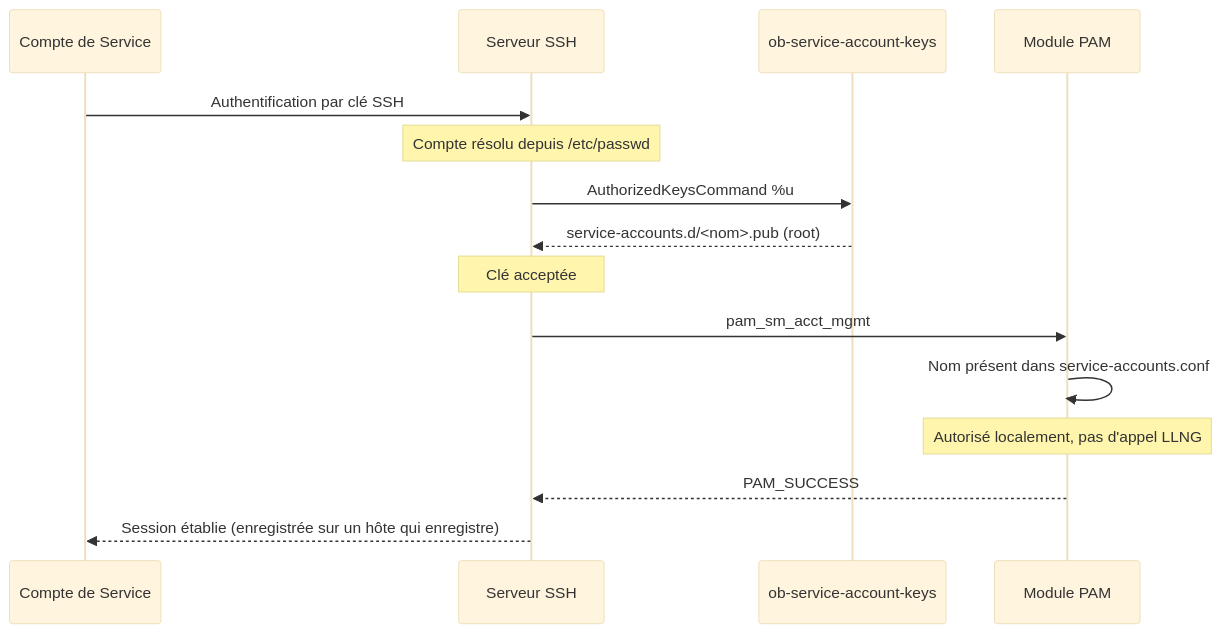
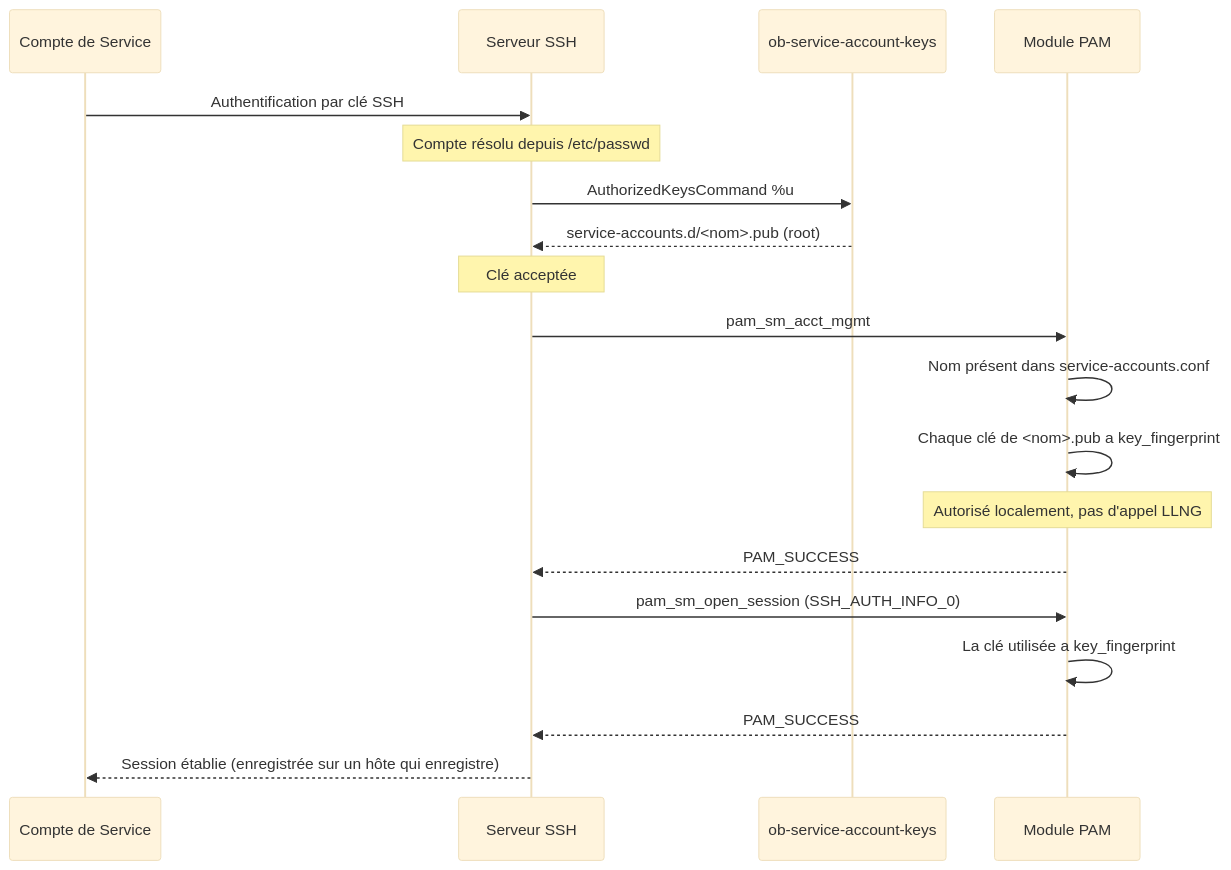
The fourth of 4 diagrams in doc/security/00-architecture.rst (linagora/open-bastion), drawn with Mermaid (base theme) before and after one commit. The commit also changed other lines of this file and 11 other files, not shown here.

First line of the commit message:
docs: key_fingerprint is enforced, authorized_keys under Mode E (#358)

```diff
--- a/doc/security/00-architecture.rst
+++ b/doc/security/00-architecture.rst
@@ -674,18 +674,22 @@
 .. mermaid::
 
    sequenceDiagram
        participant SA as Compte de Service
        participant SSH as Serveur SSH
        participant AKC as ob-service-account-keys
        participant PAM as Module PAM
 
        SA->>SSH: Authentification par clé SSH
        Note over SSH: Compte résolu depuis /etc/passwd
        SSH->>AKC: AuthorizedKeysCommand %u
        AKC-->>SSH: service-accounts.d/<nom>.pub (root)
        Note over SSH: Clé acceptée
        SSH->>PAM: pam_sm_acct_mgmt
        PAM->>PAM: Nom présent dans service-accounts.conf
+       PAM->>PAM: Chaque clé de <nom>.pub a key_fingerprint
        Note over PAM: Autorisé localement, pas d'appel LLNG
        PAM-->>SSH: PAM_SUCCESS
+       SSH->>PAM: pam_sm_open_session (SSH_AUTH_INFO_0)
+       PAM->>PAM: La clé utilisée a key_fingerprint
+       PAM-->>SSH: PAM_SUCCESS
        SSH-->>SA: Session établie (enregistrée sur un hôte qui enregistre)
```
